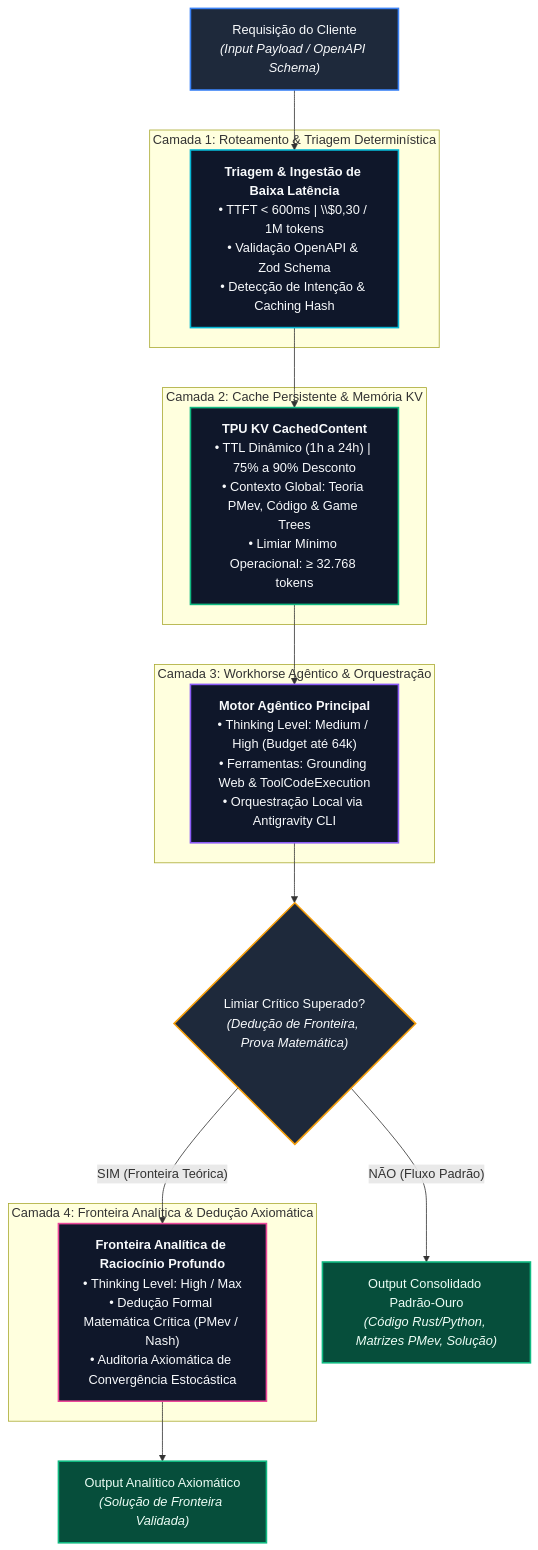
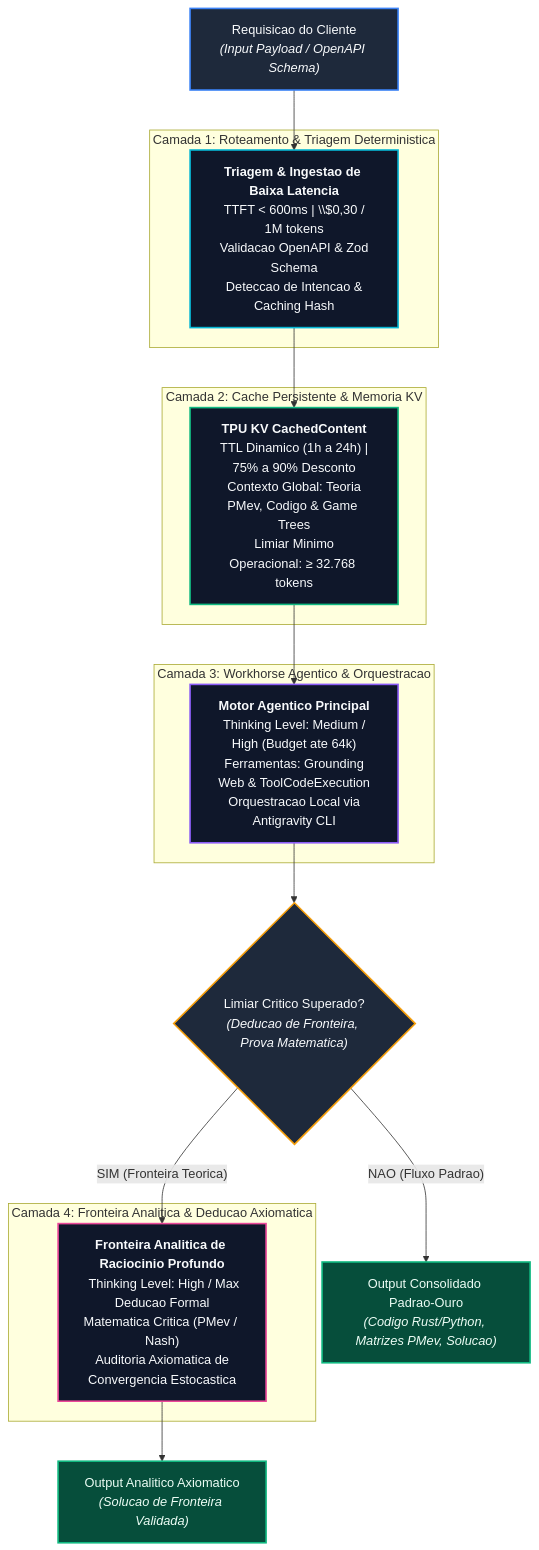
The diagram in .claude/agent-memory/chico/HANDOFF_LATEST.md (RaphaelVitoi/Site), drawn with Mermaid before and after one commit. The commit also changed other lines of this file and 8 other files, not shown here.

````diff
--- a/.claude/agent-memory/chico/HANDOFF_LATEST.md
+++ b/.claude/agent-memory/chico/HANDOFF_LATEST.md
@@ -96,48 +98,48 @@
 ```mermaid
 flowchart TD
-    Req["Requisição do Cliente<br/><i>(Input Payload / OpenAPI Schema)</i>"] --> C1
+    Req["Requisicao do Cliente<br/><i>(Input Payload / OpenAPI Schema)</i>"] --> C1
     
-    subgraph S1 ["Camada 1: Roteamento & Triagem Determinística"]
-        C1["<b>Triagem & Ingestão de Baixa Latência</b><br/>• TTFT &lt; 600ms | \\$0,30 / 1M tokens<br/>• Validação OpenAPI & Zod Schema<br/>• Detecção de Intenção & Caching Hash"]
+    subgraph S1 ["Camada 1: Roteamento & Triagem Deterministica"]
+        C1["<b>Triagem & Ingestao de Baixa Latencia</b><br/> TTFT &lt; 600ms | \\$0,30 / 1M tokens<br/> Validacao OpenAPI & Zod Schema<br/> Deteccao de Intencao & Caching Hash"]
     end
 
     C1 --> C2
 
-    subgraph S2 ["Camada 2: Cache Persistente & Memória KV"]
-        C2["<b>TPU KV CachedContent</b><br/>• TTL Dinâmico (1h a 24h) | 75% a 90% Desconto<br/>• Contexto Global: Teoria PMev, Código & Game Trees<br/>• Limiar Mínimo Operacional: &ge; 32.768 tokens"]
+    subgraph S2 ["Camada 2: Cache Persistente & Memoria KV"]
+        C2["<b>TPU KV CachedContent</b><br/> TTL Dinamico (1h a 24h) | 75% a 90% Desconto<br/> Contexto Global: Teoria PMev, Codigo & Game Trees<br/> Limiar Minimo Operacional: &ge; 32.768 tokens"]
     end
 
     C2 --> C3
 
-    subgraph S3 ["Camada 3: Workhorse Agêntico & Orquestração"]
-        C3["<b>Motor Agêntico Principal</b><br/>• Thinking Level: Medium / High (Budget até 64k)<br/>• Ferramentas: Grounding Web & ToolCodeExecution<br/>• Orquestração Local via Antigravity CLI"]
+    subgraph S3 ["Camada 3: Workhorse Agentico & Orquestracao"]
+        C3["<b>Motor Agentico Principal</b><br/> Thinking Level: Medium / High (Budget ate 64k)<br/> Ferramentas: Grounding Web & ToolCodeExecution<br/> Orquestracao Local via Antigravity CLI"]
     end
 
-    C3 --> Decision{"Limiar Crítico Superado?<br/><i>(Dedução de Fronteira, Prova Matemática)</i>"}
+    C3 --> Decision{"Limiar Critico Superado?<br/><i>(Deducao de Fronteira, Prova Matematica)</i>"}
     
-    Decision -- "NÃO (Fluxo Padrão)" --> OutStandard["Output Consolidado Padrão-Ouro<br/><i>(Código Rust/Python, Matrizes PMev, Solução)</i>"]
+    Decision -- "NAO (Fluxo Padrao)" --> OutStandard["Output Consolidado Padrao-Ouro<br/><i>(Codigo Rust/Python, Matrizes PMev, Solucao)</i>"]
     
-    Decision -- "SIM (Fronteira Teórica)" --> C4
+    Decision -- "SIM (Fronteira Teorica)" --> C4
 
-    subgraph S4 ["Camada 4: Fronteira Analítica & Dedução Axiomática"]
-        C4["<b>Fronteira Analítica de Raciocínio Profundo</b><br/>• Thinking Level: High / Max<br/>• Dedução Formal Matemática Crítica (PMev / Nash)<br/>• Auditoria Axiomática de Convergência Estocástica"]
+    subgraph S4 ["Camada 4: Fronteira Analitica & Deducao Axiomatica"]
+        C4["<b>Fronteira Analitica de Raciocinio Profundo</b><br/> Thinking Level: High / Max<br/> Deducao Formal Matematica Critica (PMev / Nash)<br/> Auditoria Axiomatica de Convergencia Estocastica"]
     end
 
-    C4 --> OutDeep["Output Analítico Axiomático<br/><i>(Solução de Fronteira Validada)</i>"]
+    C4 --> OutDeep["Output Analitico Axiomatico<br/><i>(Solucao de Fronteira Validada)</i>"]
 
     classDef client fill:#1e293b,stroke:#3b82f6,stroke-width:2px,color:#f8fafc;
     classDef l1 fill:#0f172a,stroke:#06b6d4,stroke-width:2px,color:#f8fafc;
     classDef l2 fill:#0f172a,stroke:#10b981,stroke-width:2px,color:#f8fafc;
     classDef l3 fill:#0f172a,stroke:#8b5cf6,stroke-width:2px,color:#f8fafc;
     classDef l4 fill:#0f172a,stroke:#ec4899,stroke-width:2px,color:#f8fafc;
     classDef dec fill:#1e293b,stroke:#f59e0b,stroke-width:2px,color:#f8fafc;
     classDef out fill:#064e3b,stroke:#10b981,stroke-width:2px,color:#ecfdf5;
 
     class Req client;
     class C1 l1;
     class C2 l2;
     class C3 l3;
     class C4 l4;
     class Decision dec;
     class OutStandard,OutDeep out;
 ```
````
